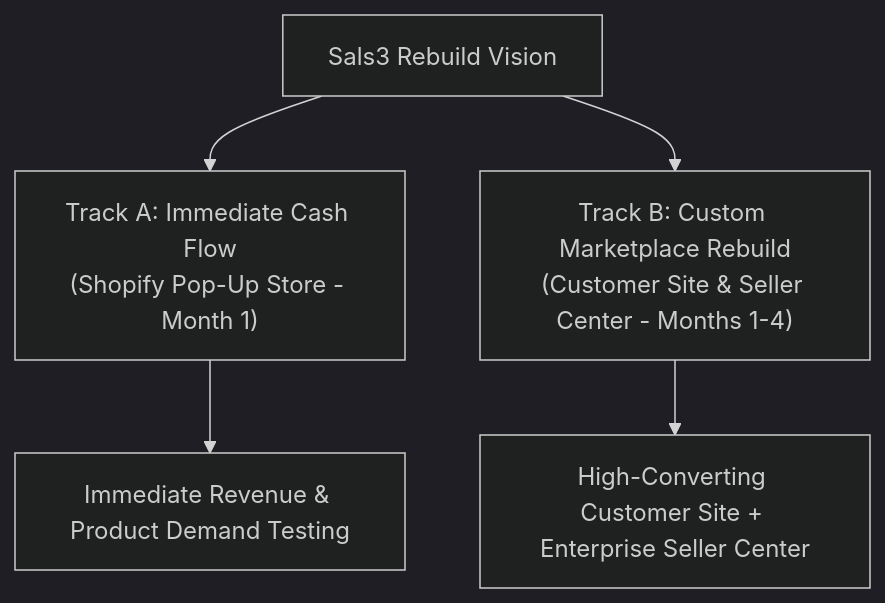
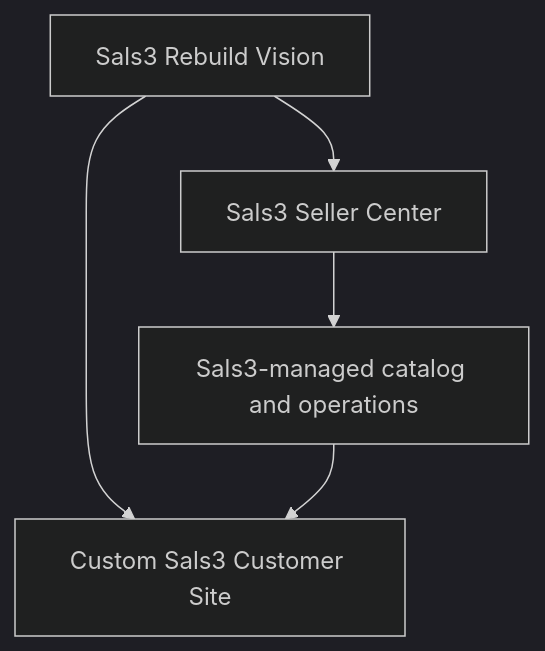
The second of 3 diagrams in docs/Wiki/wiki/sals3-end-to-end-process-flow.md (Sals3-Official/sals3-ecommerce), drawn with Mermaid (dark theme) before and after one commit. The commit also changed other lines of this file and 13 other files, not shown here.

First line of the commit message:
docs(catalog): define CJ auto-publish flow

````diff
--- a/docs/Wiki/wiki/sals3-end-to-end-process-flow.md
+++ b/docs/Wiki/wiki/sals3-end-to-end-process-flow.md
@@ -50,8 +51,7 @@
 ```mermaid
 graph TD
-    Vision["Sals3 Rebuild Vision"] --> TrackA["Track A: Immediate Cash Flow<br/>(Shopify Pop-Up Store - Month 1)"]
-    Vision --> TrackB["Track B: Custom Marketplace Rebuild<br/>(Customer Site & Seller Center - Months 1-4)"]
-
-    TrackA --> Sales["Immediate Revenue & Product Demand Testing"]
-    TrackB --> Platform["High-Converting Customer Site + Enterprise Seller Center"]
+    Vision["Sals3 Rebuild Vision"] --> Customer["Custom Sals3 Customer Site"]
+    Vision --> Seller["Sals3 Seller Center"]
+    Seller --> Catalog["Sals3-managed catalog and operations"]
+    Catalog --> Customer
 ```
````
